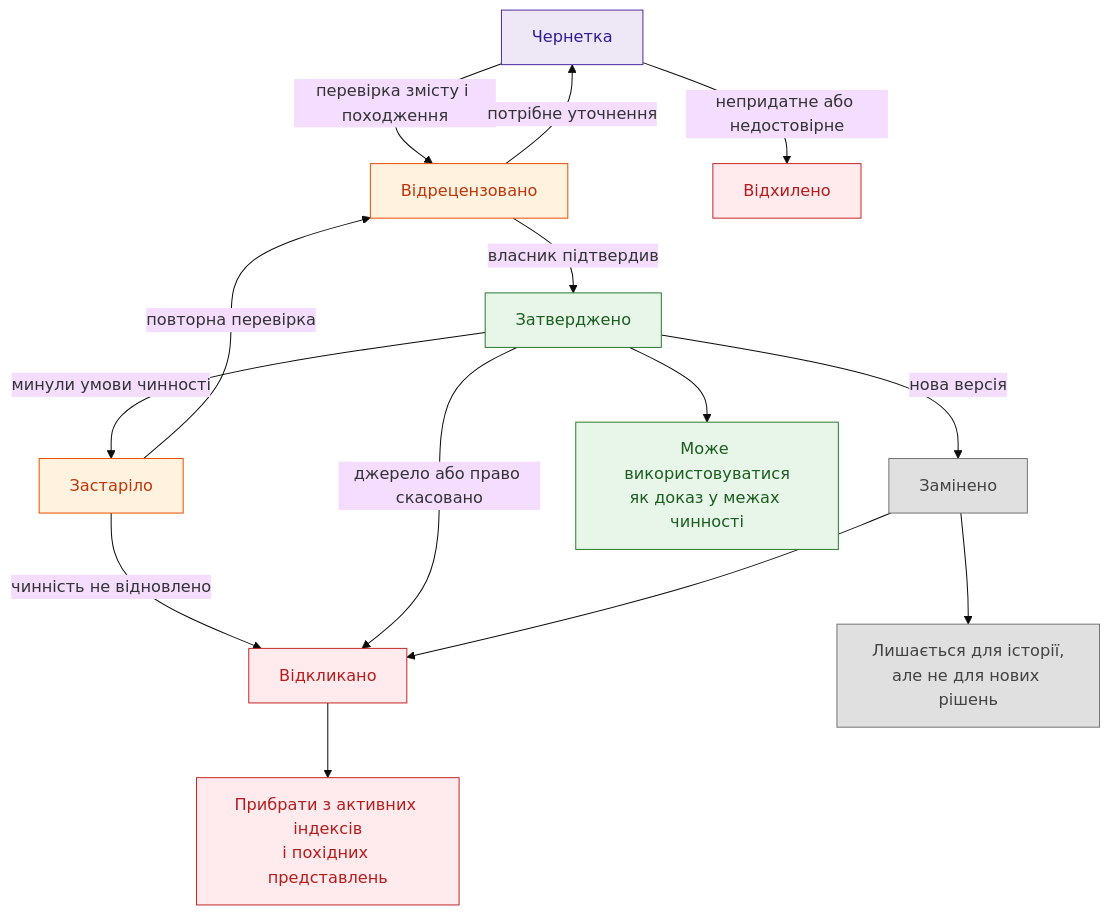
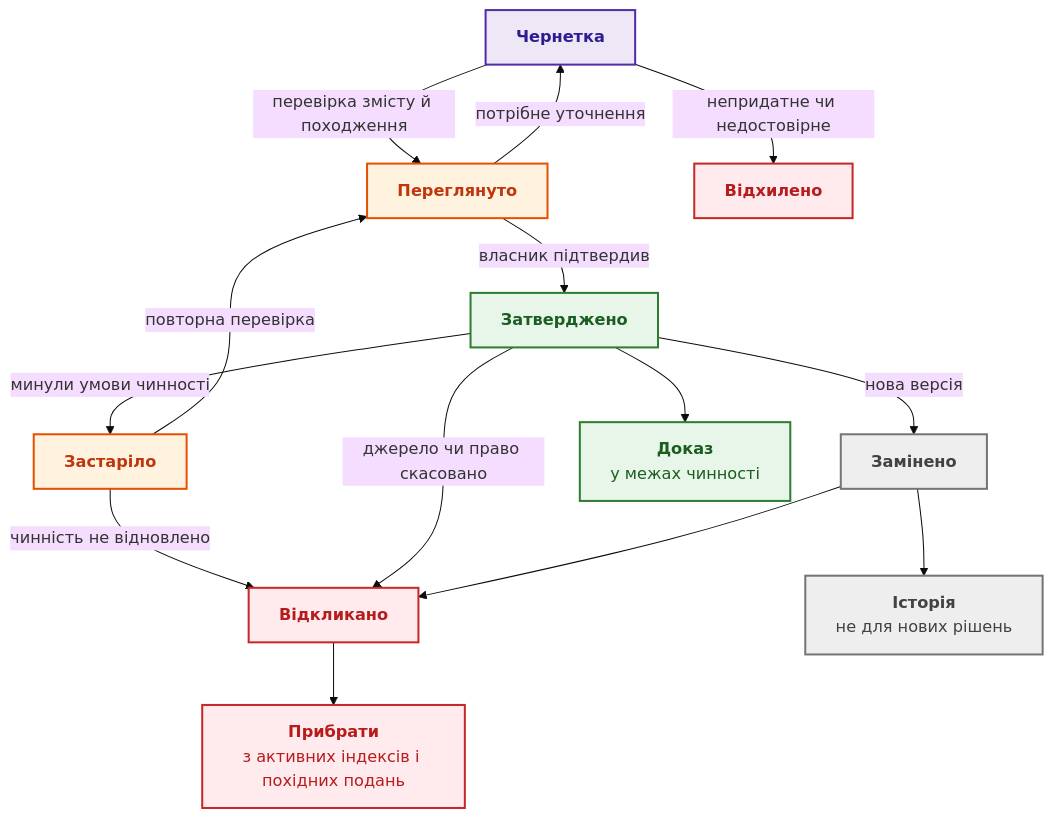
Before and after one commit to nick-fedchik/articles: the sixth of 9 diagrams in ExpertSystem/ch10-knowledge-acquisition-systems.md, drawn with Mermaid (base theme). The commit also changed other lines of this file, not shown here.

````diff
--- a/ExpertSystem/ch10-knowledge-acquisition-systems.md
+++ b/ExpertSystem/ch10-knowledge-acquisition-systems.md
@@ -690,41 +480,41 @@
 ```mermaid
 flowchart TB
-    accTitle: Граф життєвого циклу об'єкта знань
-    accDescr: Статусні переходи від чернетки через рецензування й затвердження до заміни, застаріння чи відкликання.
+    accTitle: Життєвий цикл об'єкта знань
+    accDescr: Переходи статусів від чернетки через перегляд і затвердження до заміни, застарівання чи відкликання.
 
-    Draft["Чернетка"]
-    Reviewed["Відрецензовано"]
-    Approved["Затверджено"]
-    Replaced["Замінено"]
-    Stale["Застаріло"]
-    Revoked["Відкликано"]
-    Rejected["Відхилено"]
-    Active["Може використовуватися<br/>як доказ у межах чинності"]
-    History["Лишається для історії,<br/>але не для нових рішень"]
-    Removed["Прибрати з активних індексів<br/>і похідних представлень"]
+    Draft["<b>Чернетка</b>"]
+    Reviewed["<b>Переглянуто</b>"]
+    Approved["<b>Затверджено</b>"]
+    Replaced["<b>Замінено</b>"]
+    Stale["<b>Застаріло</b>"]
+    Revoked["<b>Відкликано</b>"]
+    Rejected["<b>Відхилено</b>"]
+    Active["<b>Доказ</b><br/>у межах чинності"]
+    History["<b>Історія</b><br/>не для нових рішень"]
+    Removed["<b>Прибрати</b><br/>з активних індексів і похідних подань"]
 
-    Draft -->|"перевірка змісту і походження"| Reviewed
-    Draft -->|"непридатне або недостовірне"| Rejected
+    Draft -->|"перевірка змісту й походження"| Reviewed
+    Draft -->|"непридатне чи недостовірне"| Rejected
     Reviewed -->|"власник підтвердив"| Approved
     Reviewed -->|"потрібне уточнення"| Draft
     Approved --> Active
     Approved -->|"нова версія"| Replaced --> History
     Approved -->|"минули умови чинності"| Stale
     Stale -->|"повторна перевірка"| Reviewed
     Stale -->|"чинність не відновлено"| Revoked
-    Approved -->|"джерело або право скасовано"| Revoked
+    Approved -->|"джерело чи право скасовано"| Revoked
     Replaced --> Revoked
     Revoked --> Removed
 
-    classDef draft fill:#ede7f6,stroke:#512da8,color:#311b92;
-    classDef rev fill:#fff3e0,stroke:#e65100,color:#bf360c;
-    classDef app fill:#e8f5e9,stroke:#2e7d32,color:#1b5e20;
-    classDef hist fill:#e0e0e0,stroke:#757575,color:#424242;
-    classDef dead fill:#ffebee,stroke:#c62828,color:#b71c1c;
+    classDef draft fill:#ede7f6,stroke:#512da8,stroke-width:2px,color:#311b92;
+    classDef rev fill:#fff3e0,stroke:#e65100,stroke-width:2px,color:#bf360c;
+    classDef app fill:#e8f5e9,stroke:#2e7d32,stroke-width:2px,color:#1b5e20;
+    classDef hist fill:#eeeeee,stroke:#757575,stroke-width:2px,color:#424242;
+    classDef dead fill:#ffebee,stroke:#c62828,stroke-width:2px,color:#b71c1c;
 
     class Draft draft;
     class Reviewed,Stale rev;
     class Approved,Active app;
     class Replaced,History hist;
     class Rejected,Revoked,Removed dead;
 ```
````
